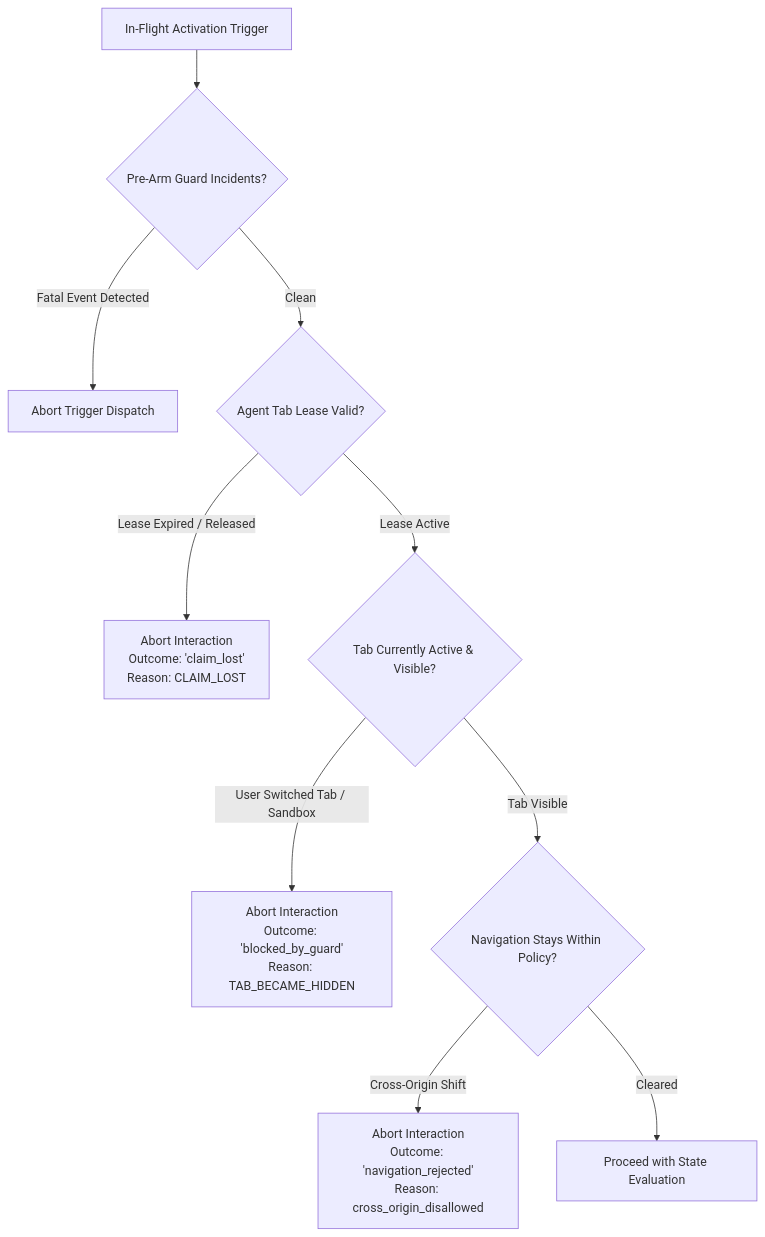
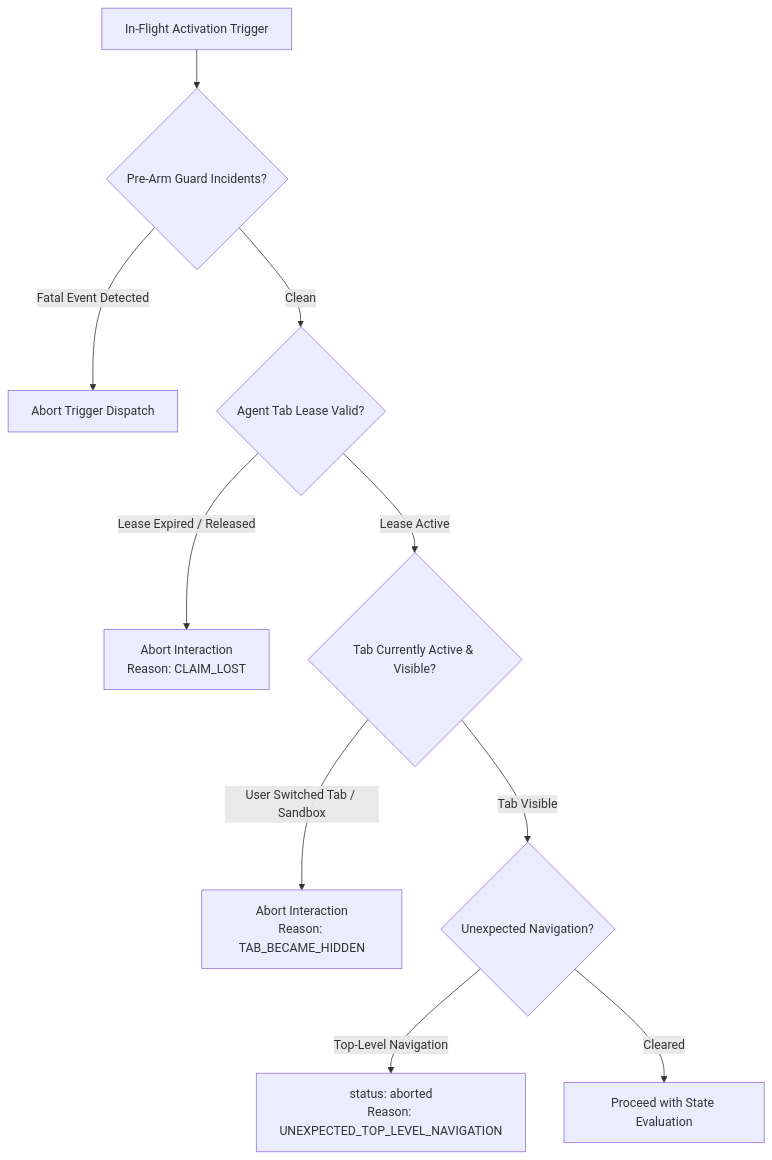
Before and after one commit to joelaniol/nova: the second of 2 diagrams in docs/core-features/crawler-and-discovery/surface-explorer/guard-session-and-invariants/README.md, drawn with Mermaid. The commit also changed other lines of this file and 49 other files, not shown here.

````diff
--- a/docs/core-features/crawler-and-discovery/surface-explorer/guard-session-and-invariants/README.md
+++ b/docs/core-features/crawler-and-discovery/surface-explorer/guard-session-and-invariants/README.md
@@ -81,12 +81,12 @@
 ```mermaid
 flowchart TD
     Interaction["In-Flight Activation Trigger"] --> PreArmCheck{"Pre-Arm Guard Incidents?"}
     PreArmCheck -- "Fatal Event Detected" --> AbortPreArm["Abort Trigger Dispatch"]
     PreArmCheck -- "Clean" --> LeaseCheck{"Agent Tab Lease Valid?"}
-    LeaseCheck -- "Lease Expired / Released" --> FailClaim["Abort Interaction\nOutcome: 'claim_lost'\nReason: CLAIM_LOST"]
+    LeaseCheck -- "Lease Expired / Released" --> FailClaim["Abort Interaction\nReason: CLAIM_LOST"]
     LeaseCheck -- "Lease Active" --> VisCheck{"Tab Currently Active & Visible?"}
-    VisCheck -- "User Switched Tab / Sandbox" --> FailVis["Abort Interaction\nOutcome: 'blocked_by_guard'\nReason: TAB_BECAME_HIDDEN"]
-    VisCheck -- "Tab Visible" --> NavCheck{"Navigation Stays Within Policy?"}
-    NavCheck -- "Cross-Origin Shift" --> FailNav["Abort Interaction\nOutcome: 'navigation_rejected'\nReason: cross_origin_disallowed"]
+    VisCheck -- "User Switched Tab / Sandbox" --> FailVis["Abort Interaction\nReason: TAB_BECAME_HIDDEN"]
+    VisCheck -- "Tab Visible" --> NavCheck{"Unexpected Navigation?"}
+    NavCheck -- "Top-Level Navigation" --> FailNav["status: aborted\nReason: UNEXPECTED_TOP_LEVEL_NAVIGATION"]
     NavCheck -- "Cleared" --> Success["Proceed with State Evaluation"]
 ```
````
